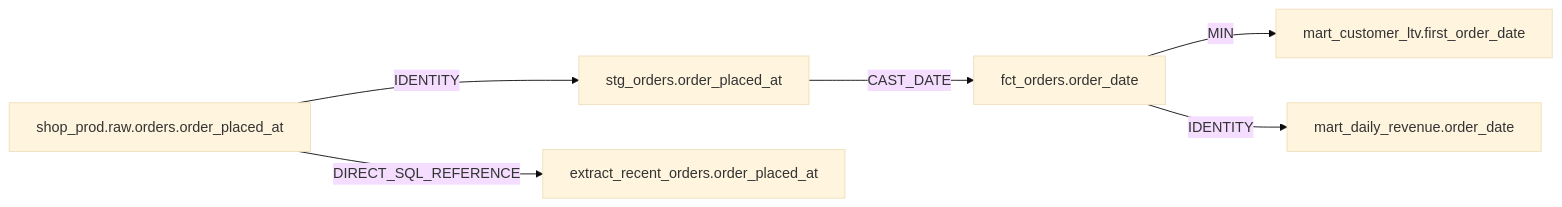
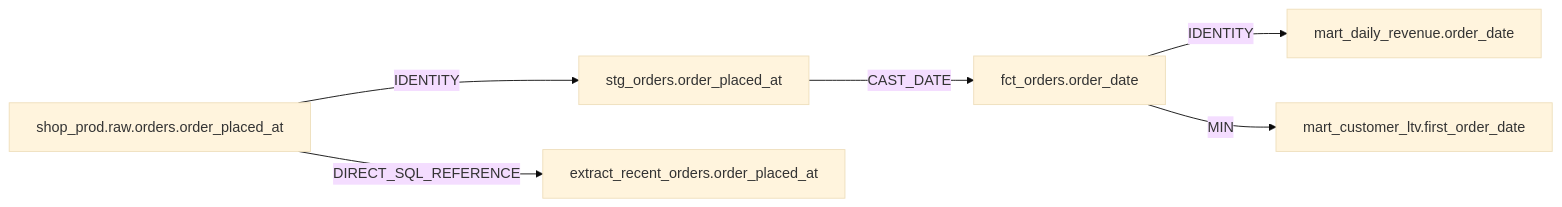
One commit to yadneshSalvi/datahub-repair-agent changed the diagram in examples/pr_bodies/rename-orders-order_placed_at.md. Above: the diagram before and after it, drawn with Mermaid (base theme). The commit also changed other lines of this file and 21 other files, not shown here.

````diff
--- a/examples/pr_bodies/rename-orders-order_placed_at.md
+++ b/examples/pr_bodies/rename-orders-order_placed_at.md
@@ -13,8 +13,8 @@
 ```mermaid
 graph LR
     n0["shop_prod.raw.orders.order_placed_at"] -->|"IDENTITY"| n1["stg_orders.order_placed_at"]
     n1["stg_orders.order_placed_at"] -->|"CAST_DATE"| n2["fct_orders.order_date"]
-    n2["fct_orders.order_date"] -->|"MIN"| n3["mart_customer_ltv.first_order_date"]
-    n2["fct_orders.order_date"] -->|"IDENTITY"| n4["mart_daily_revenue.order_date"]
+    n2["fct_orders.order_date"] -->|"IDENTITY"| n3["mart_daily_revenue.order_date"]
+    n2["fct_orders.order_date"] -->|"MIN"| n4["mart_customer_ltv.first_order_date"]
     n0["shop_prod.raw.orders.order_placed_at"] -->|"DIRECT_SQL_REFERENCE"| n5["extract_recent_orders.order_placed_at"]
 ```
````
